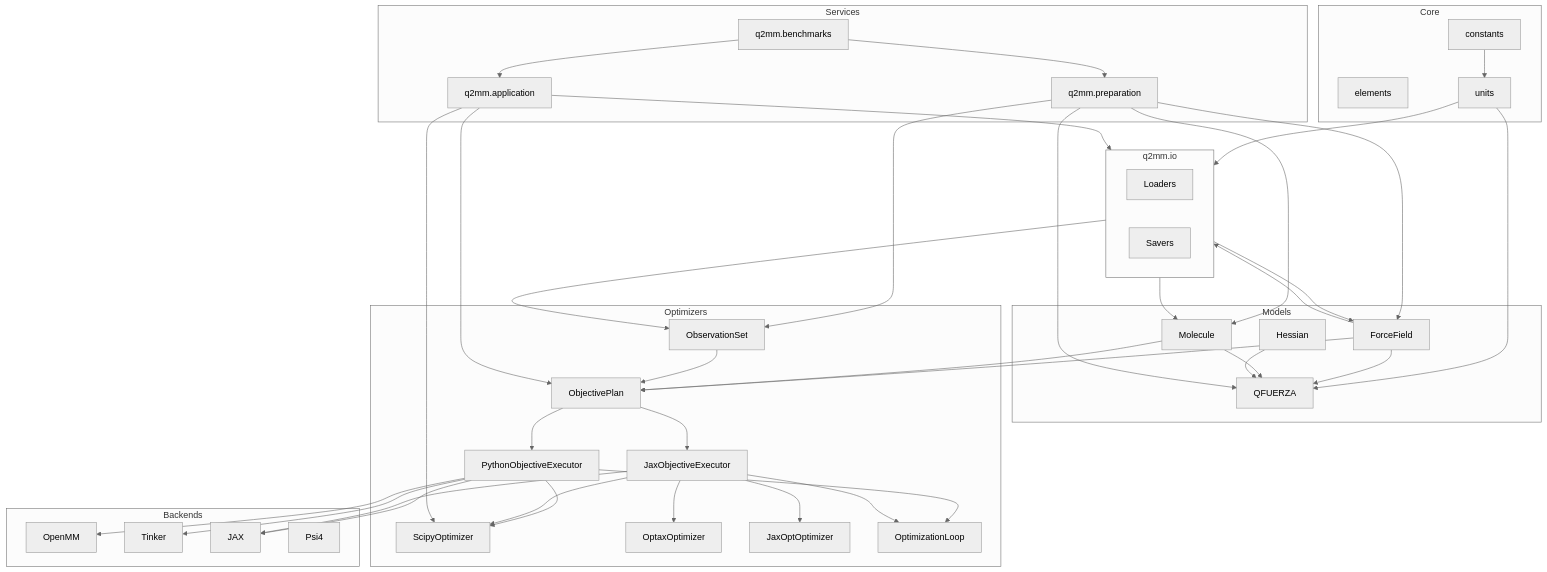
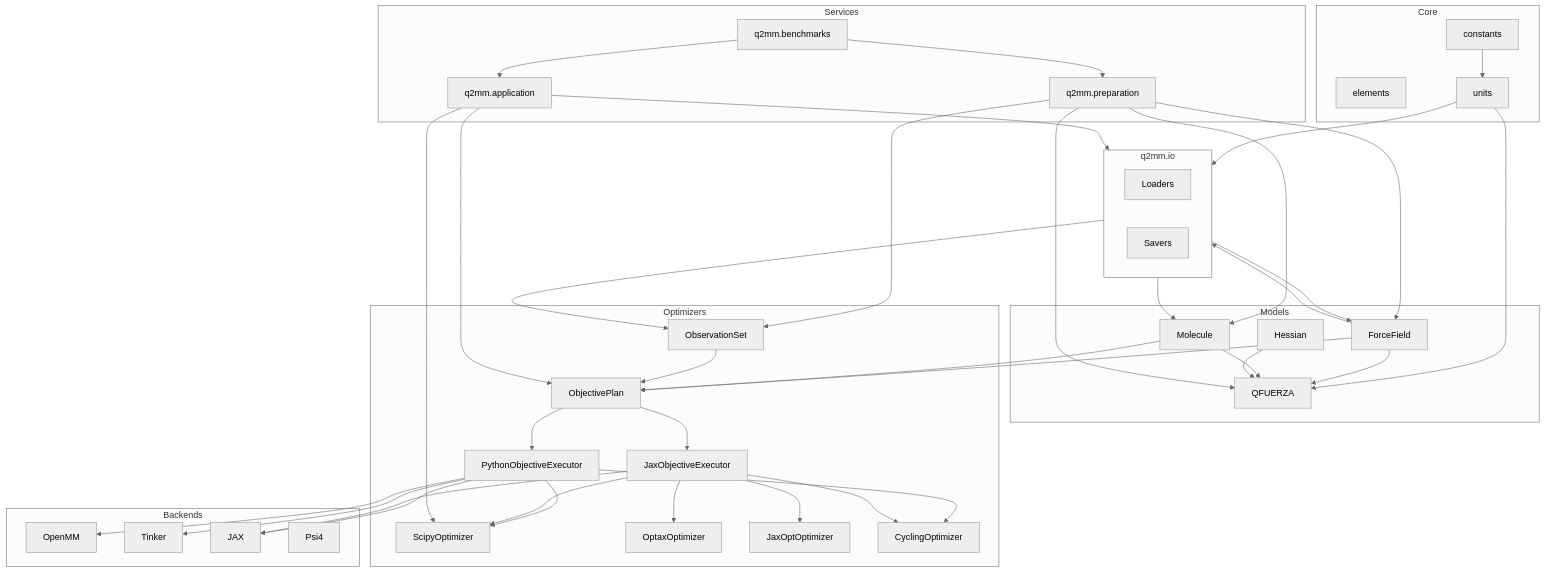
One commit to ericchansen/q2mm changed the second of 2 diagrams in docs/how-it-works/architecture.md. Above: the diagram before and after it, drawn with Mermaid (neutral theme). The commit also changed other lines of this file and 148 other files, not shown here.

````diff
--- a/docs/how-it-works/architecture.md
+++ b/docs/how-it-works/architecture.md
@@ -374,82 +413,82 @@
 ```mermaid
 flowchart TD
     subgraph Core["Core"]
         constants[constants]
         elements[elements]
         units[units]
     end
 
     subgraph Models["Models"]
         ff[ForceField]
         mol[Molecule]
         hess[Hessian]
         sem[QFUERZA]
     end
 
     subgraph Opt["Optimizers"]
         obs[ObservationSet]
         plan[ObjectivePlan]
         pyexec[PythonObjectiveExecutor]
         jaxexec[JaxObjectiveExecutor]
         scipy[ScipyOptimizer]
         optax_opt[OptaxOptimizer]
         jaxopt_opt[JaxOptOptimizer]
-        cycling[OptimizationLoop]
+        cycling[CyclingOptimizer]
     end
 
     subgraph Engines["Backends"]
         omm[OpenMM]
         tk[Tinker]
         jax[JAX]
         psi4[Psi4]
     end
 
     subgraph IO["q2mm.io"]
         loaders[Loaders]
         savers[Savers]
     end
 
     subgraph Services["Services"]
         prep[q2mm.preparation]
         app[q2mm.application]
         bench[q2mm.benchmarks]
     end
 
     constants --> units
     units --> IO
     units --> sem
     ff --> IO
     ff --> sem
     mol --> sem
     hess --> sem
 
     ff --> plan
     obs --> plan
     mol --> plan
     plan --> pyexec
     plan --> jaxexec
     pyexec --> scipy
     pyexec --> cycling
     jaxexec --> scipy
     jaxexec --> optax_opt
     jaxexec --> jaxopt_opt
     jaxexec --> cycling
 
     pyexec --> omm
     pyexec --> tk
     pyexec --> jax
     jaxexec --> jax
 
     IO --> mol
     IO --> obs
     IO --> ff
     app --> plan
     app --> scipy
     app --> IO
     prep --> mol
     prep --> ff
     prep --> obs
     prep --> sem
     bench --> prep
     bench --> app
 ```
````
